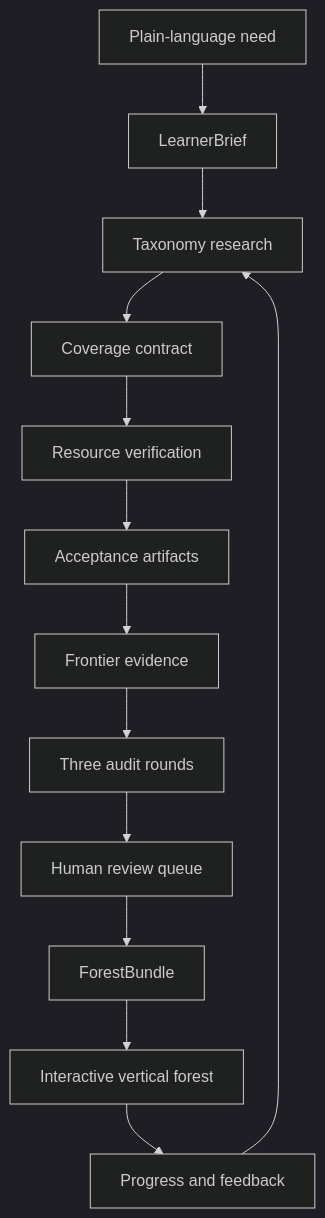
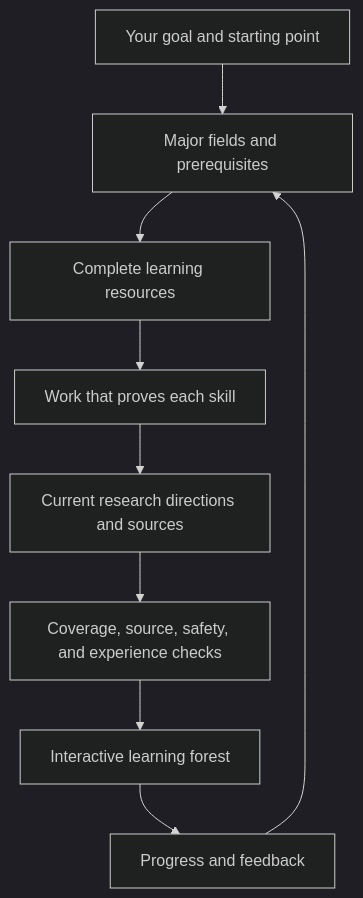
Before and after one commit to AIALRA-0/knowledge-forest-framework: the diagram in README.md, drawn with Mermaid (dark theme). The commit also changed other lines of this file and 9 other files, not shown here.

````diff
--- a/README.md
+++ b/README.md
@@ -64,15 +85,11 @@
 ```mermaid
 flowchart TB
-    A["Plain-language need"] --> B["LearnerBrief"]
-    B --> C["Taxonomy research"]
-    C --> D["Coverage contract"]
-    D --> E["Resource verification"]
-    E --> F["Acceptance artifacts"]
-    F --> G["Frontier evidence"]
-    G --> H["Three audit rounds"]
-    H --> I["Human review queue"]
-    I --> J["ForestBundle"]
-    J --> K["Interactive vertical forest"]
-    K --> L["Progress and feedback"]
-    L --> C
+    A["Your goal and starting point"] --> B["Major fields and prerequisites"]
+    B --> C["Complete learning resources"]
+    C --> D["Work that proves each skill"]
+    D --> E["Current research directions and sources"]
+    E --> F["Coverage, source, safety, and experience checks"]
+    F --> G["Interactive learning forest"]
+    G --> H["Progress and feedback"]
+    H --> B
 ```
````
